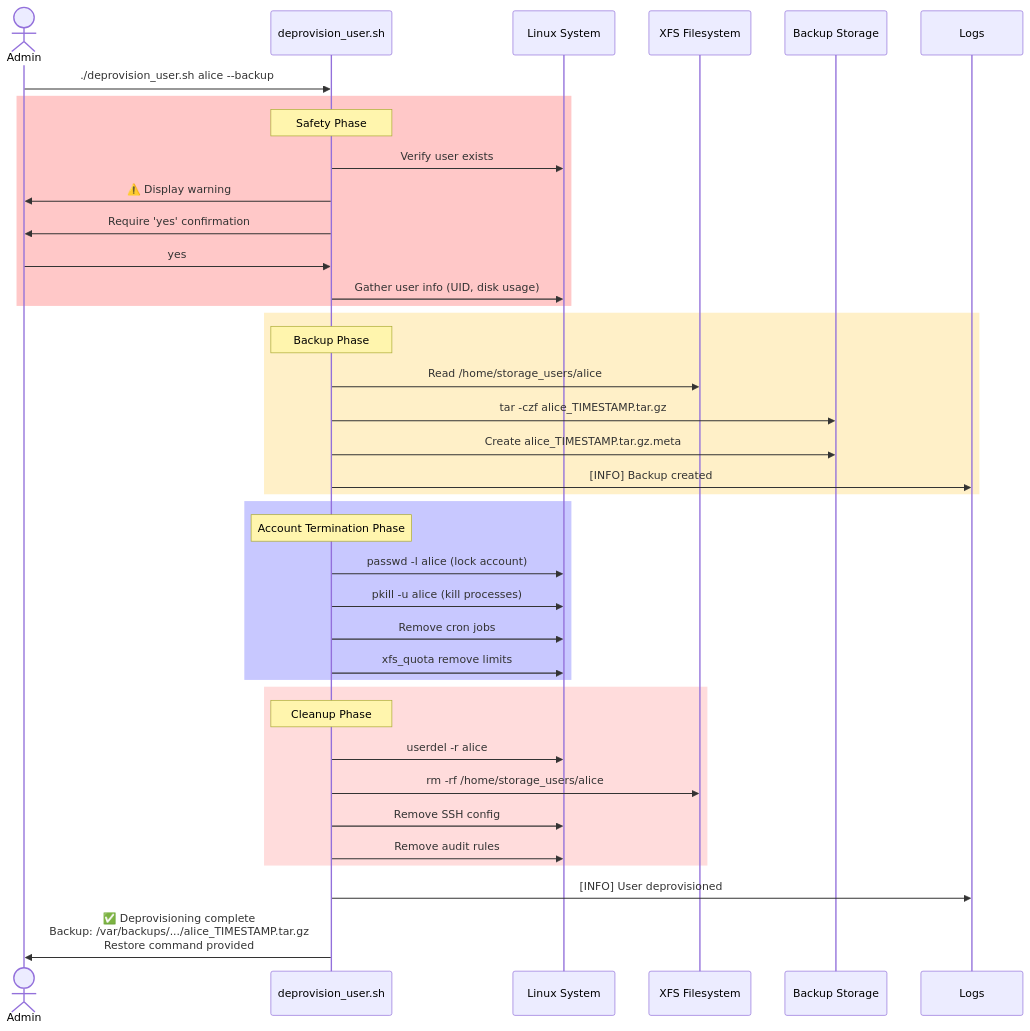
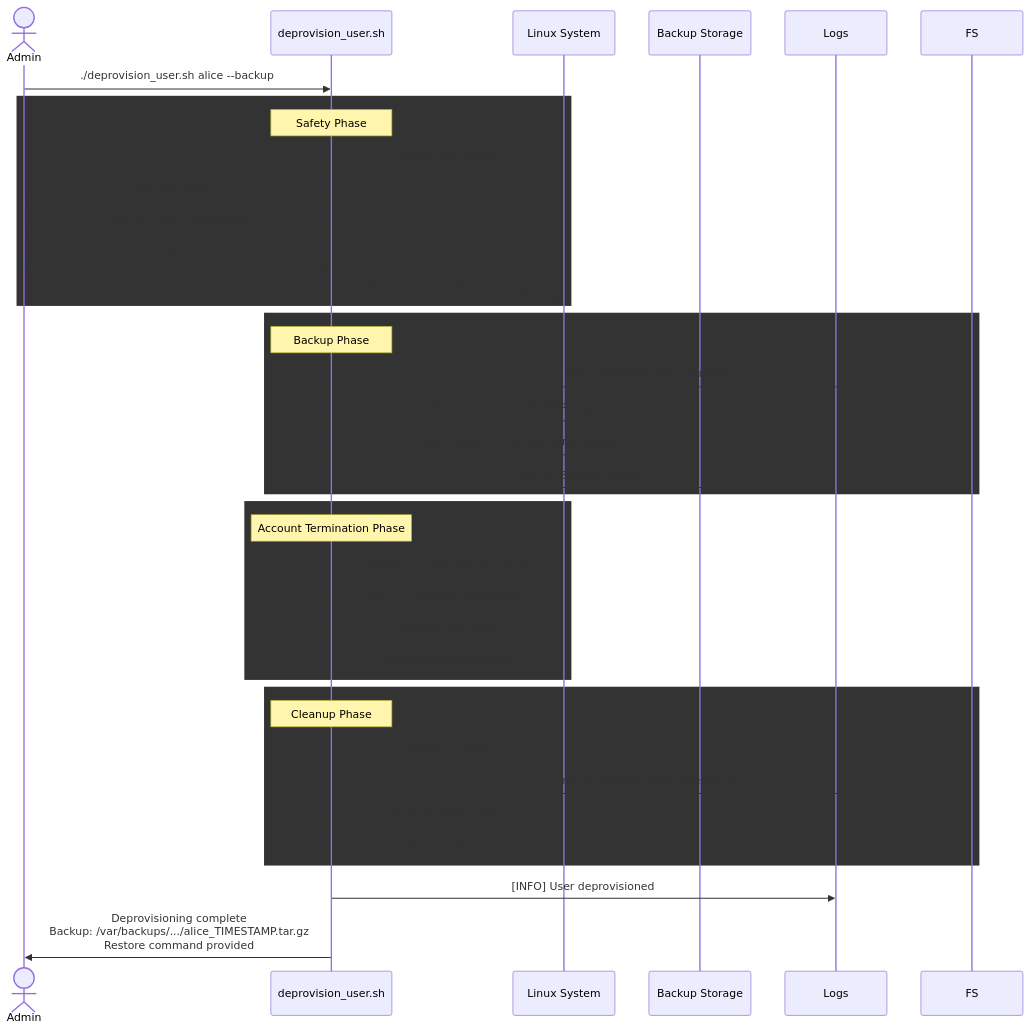
One commit to aaronwittchen/Automated-Storage-Provisioning-Tool changed the fourth of 7 diagrams in docs/architecture.md. Above: the diagram before and after it, drawn with Mermaid. The commit also changed other lines of this file, not shown here.

Commit message:
architecture.md fix

````diff
--- a/docs/architecture.md
+++ b/docs/architecture.md
@@ -186,47 +182,46 @@
 ```mermaid
 sequenceDiagram
     actor Admin
     participant Script as deprovision_user.sh
     participant System as Linux System
-    participant FS as XFS Filesystem
     participant Backup as Backup Storage
     participant Log as Logs
 
     Admin->>Script: ./deprovision_user.sh alice --backup
     
-    rect rgb(255, 200, 200)
+    rect rgb(255,255,255,0.1),stroke:#f44336,stroke-width:2px
     Note over Script: Safety Phase
     Script->>System: Verify user exists
-    Script->>Admin: ⚠️ Display warning
+    Script->>Admin: Display warning
     Script->>Admin: Require 'yes' confirmation
     Admin->>Script: yes
     Script->>System: Gather user info (UID, disk usage)
     end
     
-    rect rgb(255, 240, 200)
+    rect rgb(255,255,255,0.1),stroke:#ff9800,stroke-width:2px
     Note over Script: Backup Phase
     Script->>FS: Read /home/storage_users/alice
     Script->>Backup: tar -czf alice_TIMESTAMP.tar.gz
     Script->>Backup: Create alice_TIMESTAMP.tar.gz.meta
     Script->>Log: [INFO] Backup created
     end
     
-    rect rgb(200, 200, 255)
+    rect rgb(255,255,255,0.1),stroke:#3f51b5,stroke-width:2px
     Note over Script: Account Termination Phase
     Script->>System: passwd -l alice (lock account)
     Script->>System: pkill -u alice (kill processes)
     Script->>System: Remove cron jobs
     Script->>System: xfs_quota remove limits
     end
     
-    rect rgb(255, 220, 220)
+    rect rgb(255,255,255,0.1),stroke:#e91e63,stroke-width:2px
     Note over Script: Cleanup Phase
     Script->>System: userdel -r alice
     Script->>FS: rm -rf /home/storage_users/alice
     Script->>System: Remove SSH config
     Script->>System: Remove audit rules
     end
     
     Script->>Log: [INFO] User deprovisioned
-    Script->>Admin: ✅ Deprovisioning complete<br/>Backup: /var/backups/.../alice_TIMESTAMP.tar.gz<br/>Restore command provided
+    Script->>Admin: Deprovisioning complete<br/>Backup: /var/backups/.../alice_TIMESTAMP.tar.gz<br/>Restore command provided
 ```
````
